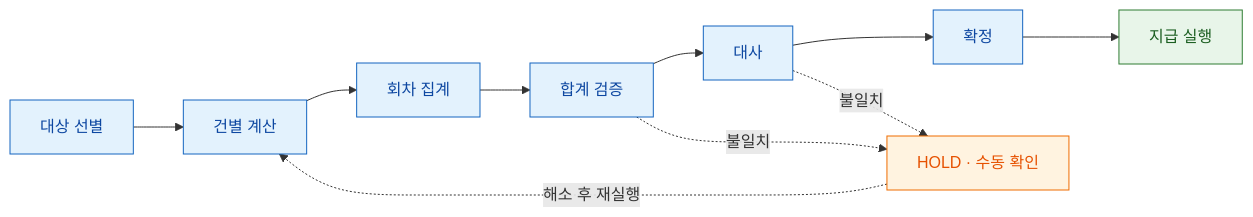
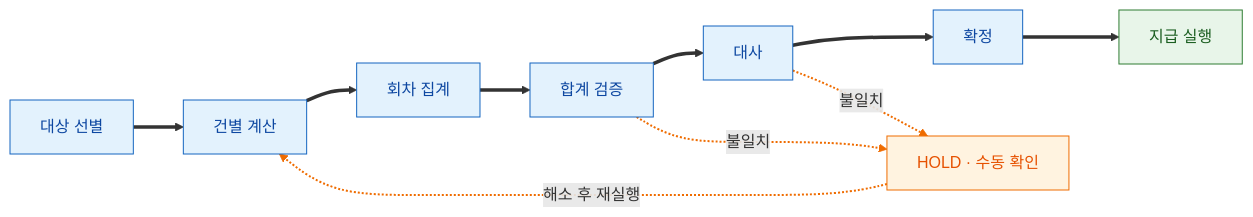
Before and after one commit to sinabro-study/garden: the second of 4 diagrams in 00_Inbox/정산 시스템 설계.md, drawn with Mermaid. The commit also changed other lines of this file and 1 other file, not shown here.

Commit message:
(Inbox) 정산 다이어그램 흐름 구분 가시성 개선 (굵은 실선 vs 주황 점선)

````diff
--- a/00_Inbox/정산 시스템 설계.md
+++ b/00_Inbox/정산 시스템 설계.md
@@ -80,14 +81,15 @@
 ```mermaid
 flowchart LR
-    S1[대상 선별] --> S2[건별 계산] --> S3[회차 집계] --> S4[합계 검증] --> S5[대사] --> S6[확정] --> S7[지급 실행]
+    S1[대상 선별] ==> S2[건별 계산] ==> S3[회차 집계] ==> S4[합계 검증] ==> S5[대사] ==> S6[확정] ==> S7[지급 실행]
     S4 -. 불일치 .-> E1[HOLD · 수동 확인]
     S5 -. 불일치 .-> E1
     E1 -. 해소 후 재실행 .-> S2
+    linkStyle 6,7,8 stroke:#ef6c00,stroke-width:2px
 
     classDef normal fill:#e3f2fd,stroke:#1565c0,color:#0d47a1
     classDef final fill:#e8f5e9,stroke:#2e7d32,color:#1b5e20
     classDef warn fill:#fff3e0,stroke:#ef6c00,color:#e65100
     class S1,S2,S3,S4,S5,S6 normal
     class S7 final
     class E1 warn
 ```
````
